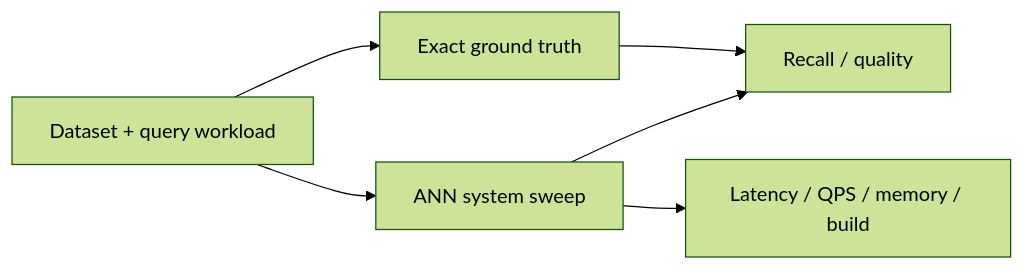
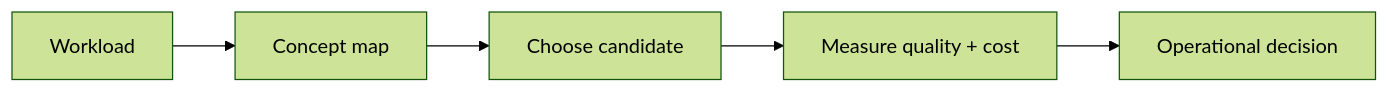
The diagram in 01-ai-engineering/vector-databases/07-evaluation-benchmarking/README.md (Pavan048/My-Field-Notes), drawn with Mermaid (forest theme) before and after one commit. The commit also changed other lines of this file and 91 other files, not shown here.

````diff
--- a/01-ai-engineering/vector-databases/07-evaluation-benchmarking/README.md
+++ b/01-ai-engineering/vector-databases/07-evaluation-benchmarking/README.md
@@ -5,8 +5,7 @@
 ```mermaid
 flowchart LR
-  D[Dataset + query workload] --> G[Exact ground truth]
-  D --> A[ANN system sweep]
-  G --> M[Recall / quality]
-  A --> M
-  A --> P[Latency / QPS / memory / build]
+ A[Workload] --> B[Concept map]
+ B --> C[Choose candidate]
+ C --> D[Measure quality + cost]
+ D --> E[Operational decision]
 ```
````
